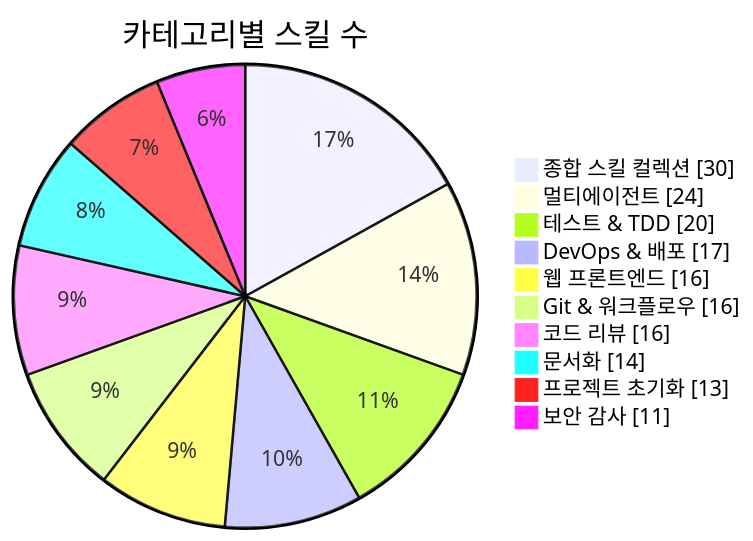
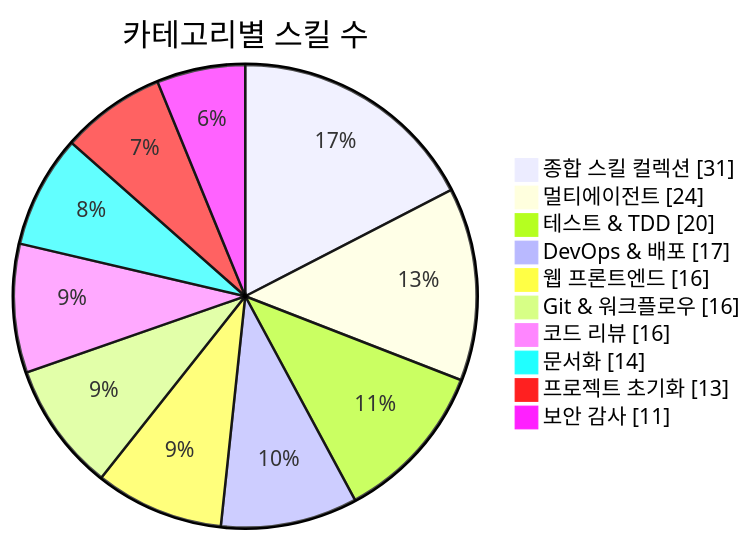
Before and after one commit to J-nowcow/awesome-korean-agent-skills: the first of 3 diagrams in README.md, drawn with Mermaid. The commit also changed other lines of this file and 3 other files, not shown here.

````diff
--- a/README.md
+++ b/README.md
@@ -176,14 +176,14 @@
 ```mermaid
 pie showData
     title 카테고리별 스킬 수
-    "종합 스킬 컬렉션" : 30
+    "종합 스킬 컬렉션" : 31
     "멀티에이전트" : 24
     "테스트 & TDD" : 20
     "DevOps & 배포" : 17
     "웹 프론트엔드" : 16
     "Git & 워크플로우" : 16
     "코드 리뷰" : 16
     "문서화" : 14
     "프로젝트 초기화" : 13
     "보안 감사" : 11
 ```
````
